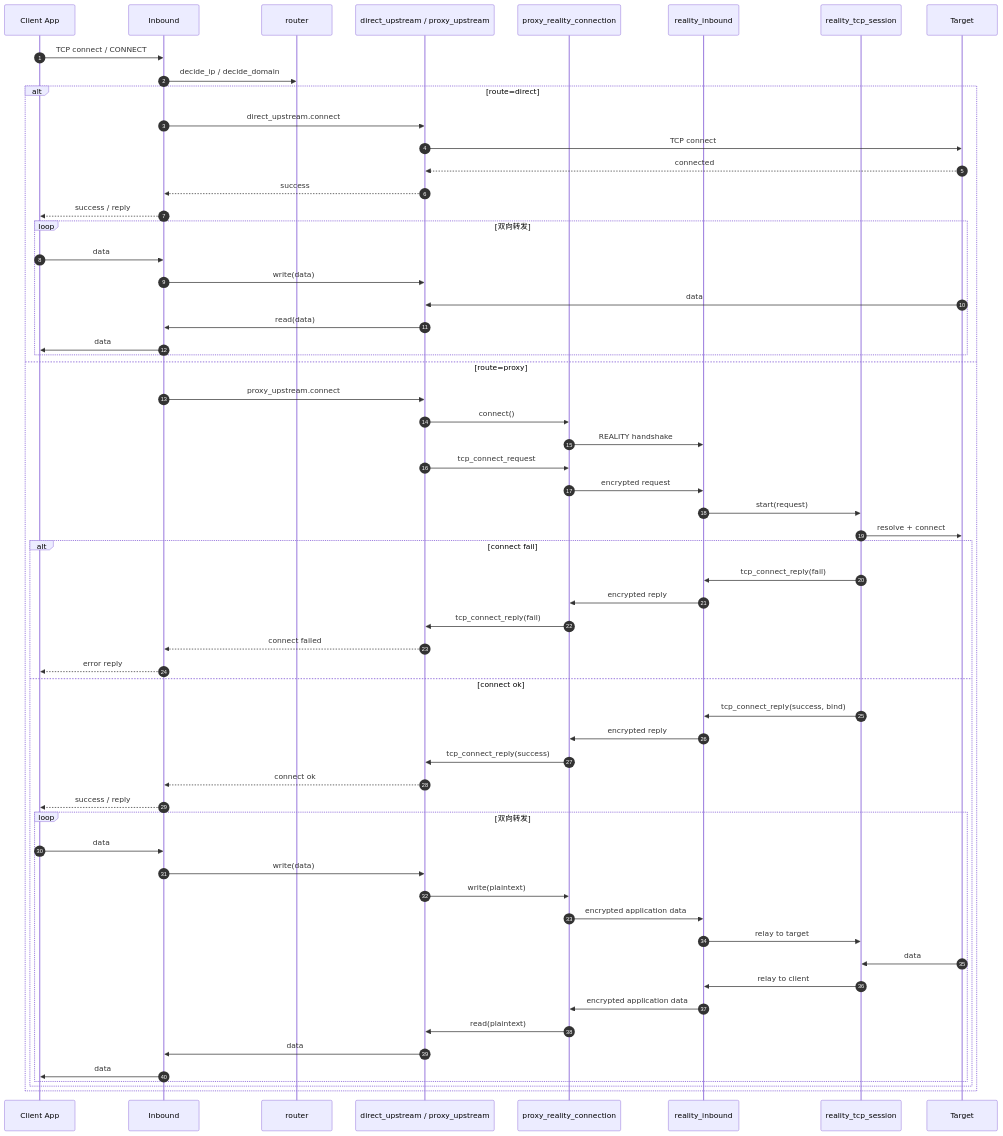
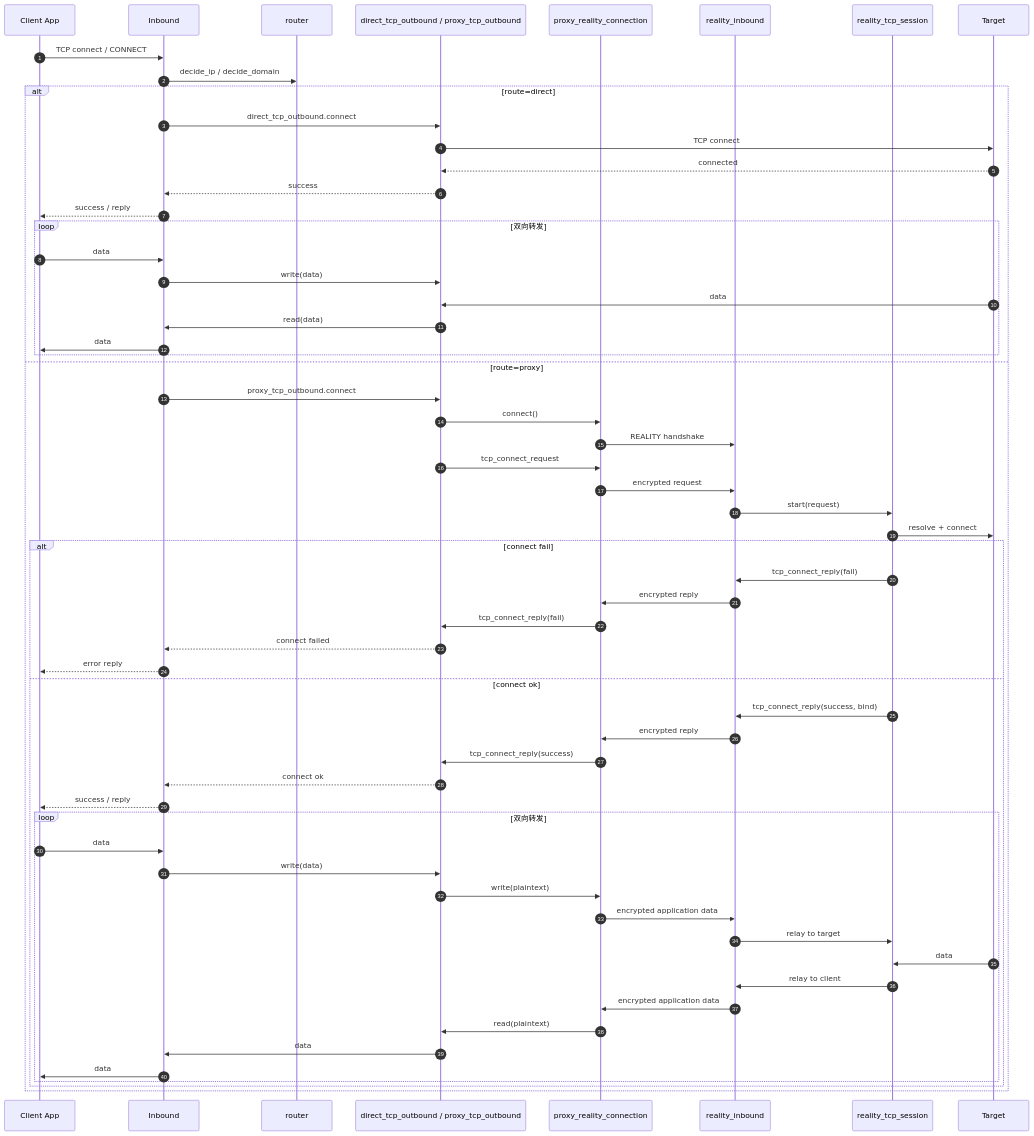
Before and after one commit to gyl30/socks: the second of 5 diagrams in doc/flow.md, drawn with Mermaid. The commit also changed other lines of this file and 3 other files, not shown here.

Commit message:
docs(architecture): 同步出站流命名重构

````diff
--- a/doc/flow.md
+++ b/doc/flow.md
@@ -56,66 +56,66 @@
 ```mermaid
 sequenceDiagram
   autonumber
   participant App as Client App
   participant Inb as Inbound
   participant Router as router
-  participant Up as direct_upstream / proxy_upstream
+  participant Up as direct_tcp_outbound / proxy_tcp_outbound
   participant Conn as proxy_reality_connection
   participant Server as reality_inbound
   participant RTcp as reality_tcp_session
   participant Target as Target
 
   App->>Inb: TCP connect / CONNECT
   Inb->>Router: decide_ip / decide_domain
 
   alt route=direct
-    Inb->>Up: direct_upstream.connect
+    Inb->>Up: direct_tcp_outbound.connect
     Up->>Target: TCP connect
     Target-->>Up: connected
     Up-->>Inb: success
     Inb-->>App: success / reply
     loop 双向转发
       App->>Inb: data
       Inb->>Up: write(data)
       Target->>Up: data
       Up->>Inb: read(data)
       Inb->>App: data
     end
   else route=proxy
-    Inb->>Up: proxy_upstream.connect
+    Inb->>Up: proxy_tcp_outbound.connect
     Up->>Conn: connect()
     Conn->>Server: REALITY handshake
     Up->>Conn: tcp_connect_request
     Conn->>Server: encrypted request
     Server->>RTcp: start(request)
     RTcp->>Target: resolve + connect
 
     alt connect fail
       RTcp->>Server: tcp_connect_reply(fail)
       Server->>Conn: encrypted reply
       Conn->>Up: tcp_connect_reply(fail)
       Up-->>Inb: connect failed
       Inb-->>App: error reply
     else connect ok
       RTcp->>Server: tcp_connect_reply(success, bind)
       Server->>Conn: encrypted reply
       Conn->>Up: tcp_connect_reply(success)
       Up-->>Inb: connect ok
       Inb-->>App: success / reply
 
       loop 双向转发
         App->>Inb: data
         Inb->>Up: write(data)
         Up->>Conn: write(plaintext)
         Conn->>Server: encrypted application data
         Server->>RTcp: relay to target
         Target->>RTcp: data
         RTcp->>Server: relay to client
         Server->>Conn: encrypted application data
         Conn->>Up: read(plaintext)
         Up->>Inb: data
         Inb->>App: data
       end
     end
   end
 ```
````
